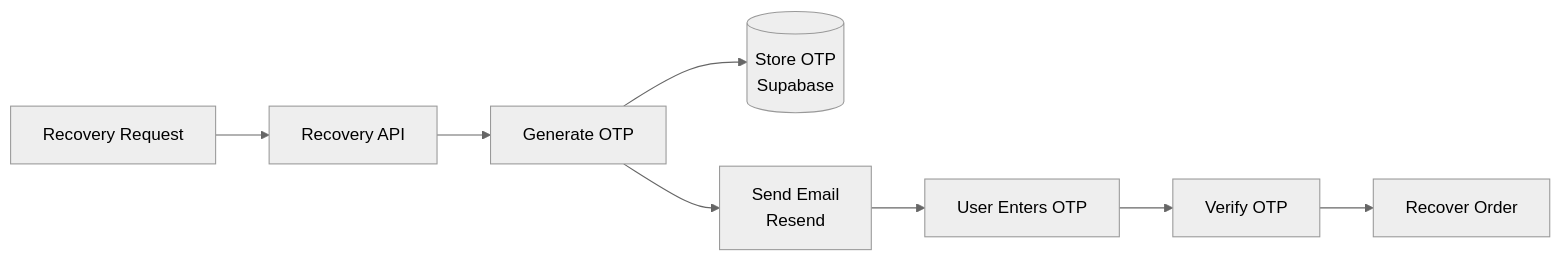
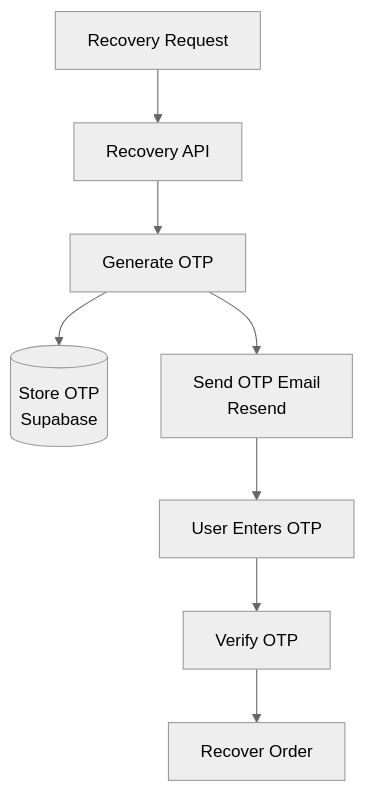
The fourth of 4 diagrams in README.md (imammularif/topupku), drawn with Mermaid (neutral theme) before and after one commit. The commit also changed other lines of this file, not shown here.

````diff
--- a/README.md
+++ b/README.md
@@ -167,10 +165,10 @@
 ```mermaid
-flowchart LR
+flowchart TB
     A["Recovery Request"] --> B["Recovery API"]
     B --> C["Generate OTP"]
     C --> D[("Store OTP<br/>Supabase")]
-    C --> E["Send Email<br/>Resend"]
+    C --> E["Send OTP Email<br/>Resend"]
     E --> F["User Enters OTP"]
     F --> G["Verify OTP"]
     G --> H["Recover Order"]
 ```
````
